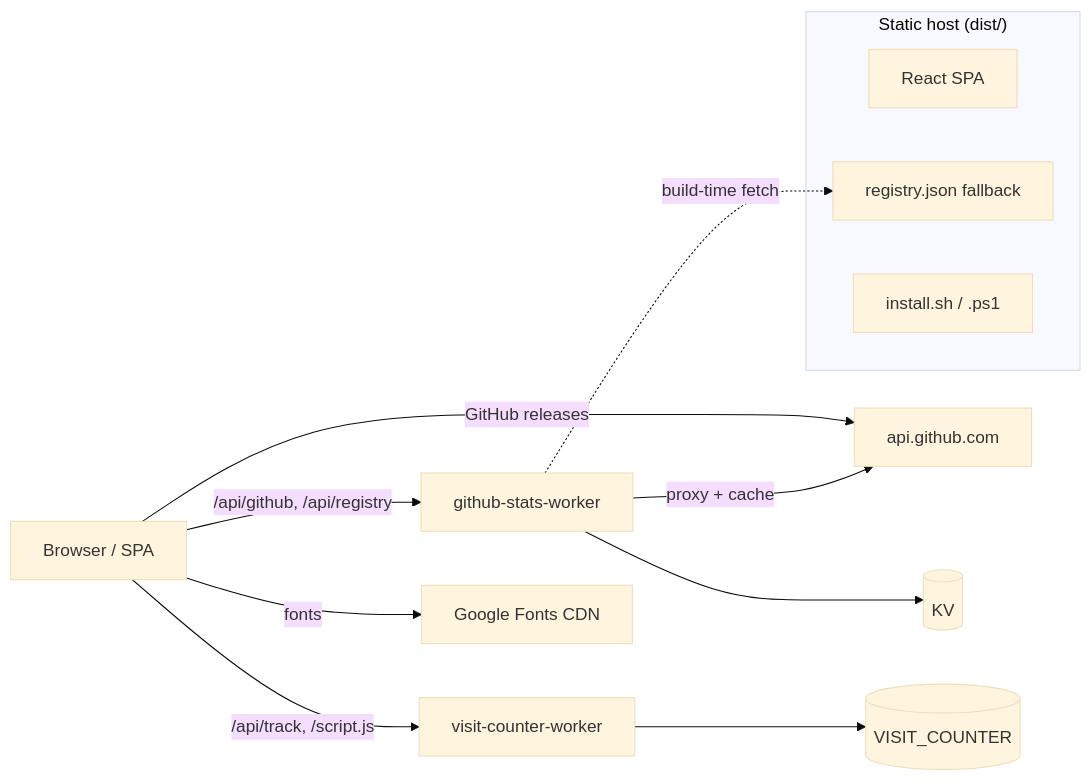
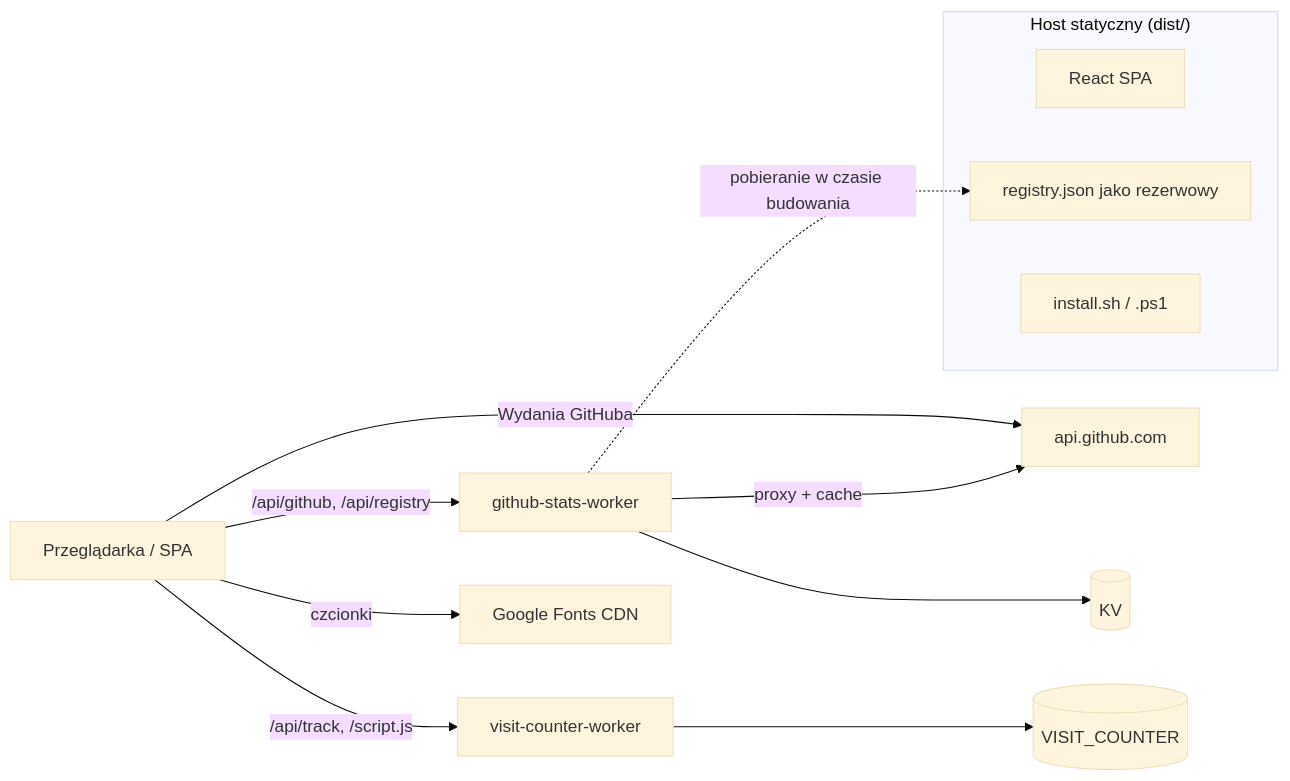
Before and after one commit to leszek3737/librefang-WIki: the diagram in web-web.md, drawn with Mermaid (base theme). The commit also changed other lines of this file and 104 other files, not shown here.

````diff
--- a/web-web.md
+++ b/web-web.md
@@ -20,16 +20,16 @@
 ```mermaid
 flowchart LR
-  Browser[Browser / SPA] -->|"GitHub releases"| GHAPI[api.github.com]
+  Browser[Przeglądarka / SPA] -->|"Wydania GitHuba"| GHAPI[api.github.com]
   Browser -->|"/api/github, /api/registry"| StatsW[github-stats-worker]
   Browser -->|"/api/track, /script.js"| VisitW[visit-counter-worker]
   StatsW --> KV1[(KV)]
   VisitW --> KV2[(VISIT_COUNTER)]
   StatsW -->|"proxy + cache"| GHAPI
-  Browser -->|"fonts"| GFonts[Google Fonts CDN]
-  subgraph "Static host (dist/)"
+  Browser -->|"czcionki"| GFonts[Google Fonts CDN]
+  subgraph "Host statyczny (dist/)"
     SPA[React SPA]
-    Reg[registry.json fallback]
+    Reg[registry.json jako rezerwowy]
     Scripts[install.sh / .ps1]
   end
-  StatsW -.->|"build-time fetch"| Reg
+  StatsW -.->|"pobieranie w czasie budowania"| Reg
 ```
````
